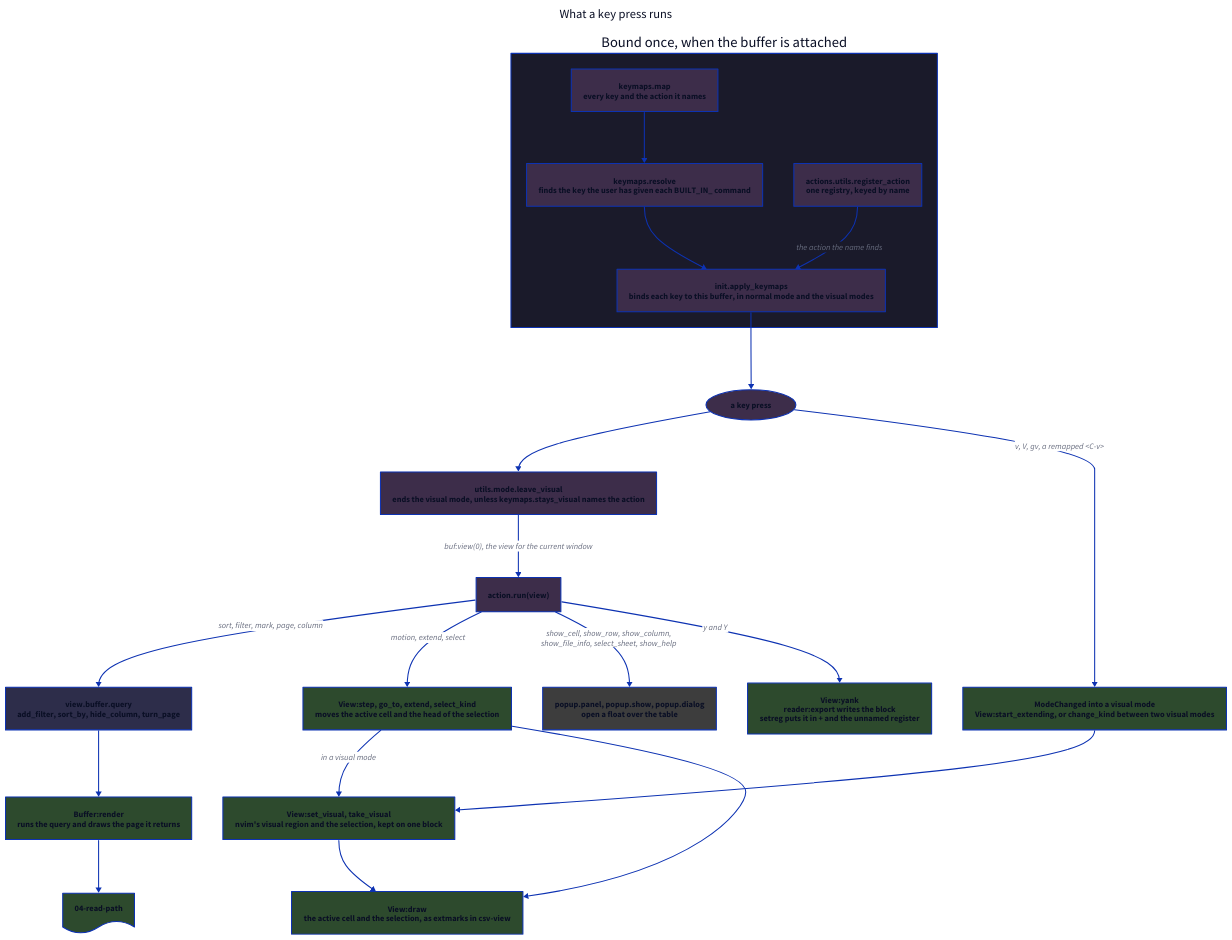
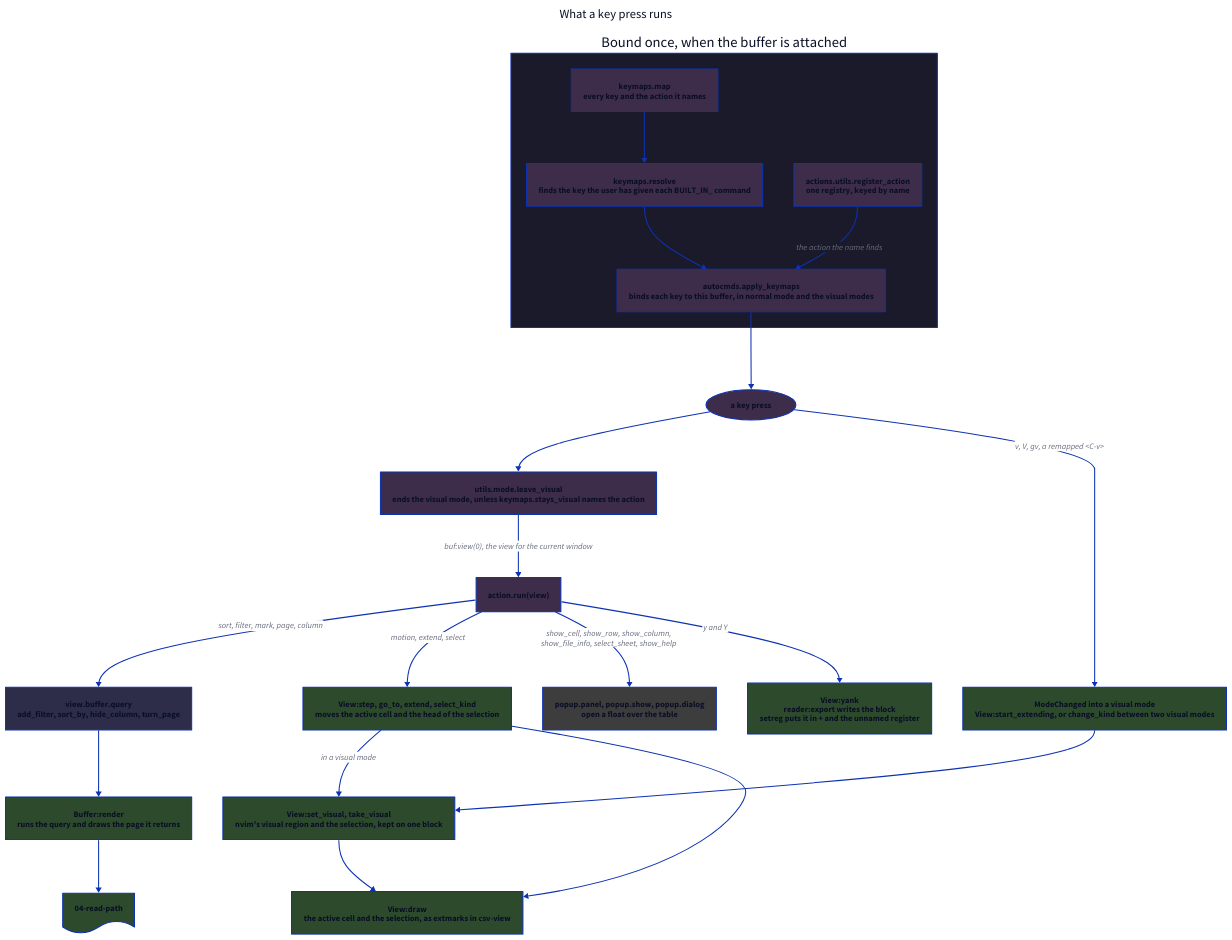
Before and after one commit to cseickel/csv-table.nvim: the diagram in docs/03-actions.d2, drawn with D2. The commit also changed 12 other files, not shown here.

```diff
--- a/docs/03-actions.d2
+++ b/docs/03-actions.d2
@@ -1,67 +1,67 @@
 direction: down
 
 title: What a key press runs {
   near: top-center
   shape: text
   style.font-size: 24
 }
 
 classes: {
   entry: {style.fill: "#3d2d4a"}
   data: {style.fill: "#2d2d4a"}
   draw: {style.fill: "#2d4a2d"}
   ui: {style.fill: "#3d3d3d"}
 }
 
 setup: Bound once, when the buffer is attached {
   style.fill: "#1a1a2a"
 
   map: "keymaps.map\nevery key and the action it names" {class: entry}
   resolve: "keymaps.resolve\nfinds the key the user has given each BUILT_IN_ command" {class: entry}
   registry: "actions.utils.register_action\none registry, keyed by name" {class: entry}
-  apply: "init.apply_keymaps\nbinds each key to this buffer, in normal mode and the visual modes" {class: entry}
+  apply: "autocmds.apply_keymaps\nbinds each key to this buffer, in normal mode and the visual modes" {class: entry}
 
   map -> resolve -> apply
   registry -> apply: the action the name finds
 }
 
 press: a key press {
   shape: oval
   class: entry
 }
 
 leave: "utils.mode.leave_visual\nends the visual mode, unless keymaps.stays_visual names the action" {class: entry}
 run: "action.run(view)" {class: entry}
 
 change: "view.buffer.query\nadd_filter, sort_by, hide_column, turn_page" {class: data}
 render: "Buffer:render\nruns the query and draws the page it returns" {class: draw}
 move: "View:step, go_to, extend, select_kind\nmoves the active cell and the head of the selection" {class: draw}
 enter: "ModeChanged into a visual mode\nView:start_extending, or change_kind between two visual modes" {class: draw}
 sync: "View:set_visual, take_visual\nnvim's visual region and the selection, kept on one block" {class: draw}
 redraw: "View:draw\nthe active cell and the selection, as extmarks in csv-view" {class: draw}
 float: "popup.panel, popup.show, popup.dialog\nopen a float over the table" {class: ui}
 yank: "View:yank\nreader:export writes the block\nsetreg puts it in + and the unnamed register" {class: draw}
 
 next: 04-read-path {
   shape: document
   class: draw
 }
 
 setup.apply -> press
 press -> leave
 leave -> run: "buf:view(0), the view for the current window"
 
 run -> change: sort, filter, mark, page, column
 change -> render
 render -> next
 
 run -> move: motion, extend, select
 move -> sync: in a visual mode
 move -> redraw
 
 press -> enter: "v, V, gv, a remapped <C-v>"
 enter -> sync
 sync -> redraw
 
 run -> float: "show_cell, show_row, show_column,\nshow_file_info, select_sheet, show_help"
 run -> yank: y and Y
```
